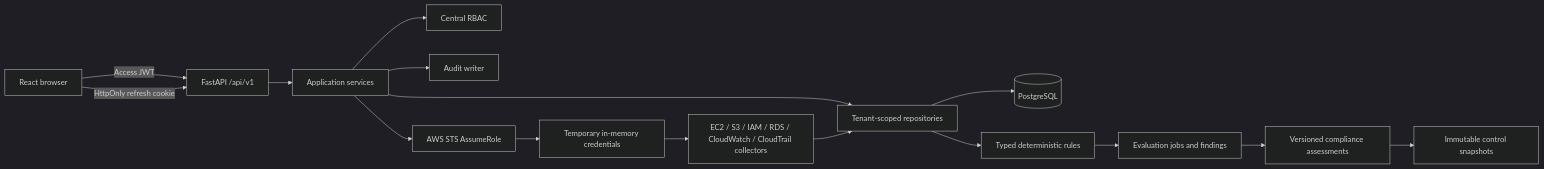
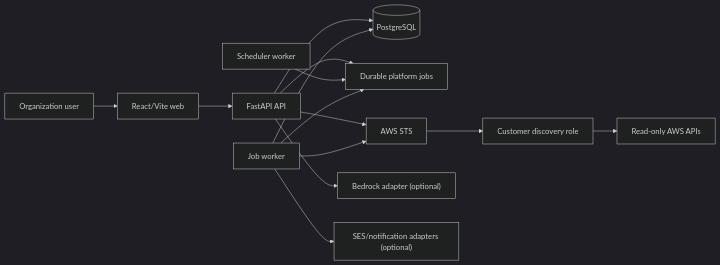
One commit to cloudops-project/CloudOps changed the first of 9 diagrams in architecture.md. Above: the diagram before and after it, drawn with Mermaid (dark theme). The commit also changed other lines of this file and 8 other files, not shown here.

Commit message:
docs(architecture): reconcile current platform design

````diff
--- a/architecture.md
+++ b/architecture.md
@@ -45,18 +12,16 @@
 ```mermaid
 flowchart LR
-  Browser["React browser"] -->|"Access JWT"| API["FastAPI /api/v1"]
-  Browser -->|"HttpOnly refresh cookie"| API
-  API --> Services["Application services"]
-  Services --> RBAC["Central RBAC"]
-  Services --> Repos["Tenant-scoped repositories"]
-  Repos --> DB[("PostgreSQL")]
-  Services --> Audit["Audit writer"]
-  Services --> STS["AWS STS AssumeRole"]
-  STS --> Temp["Temporary in-memory credentials"]
-  Temp --> Collectors["EC2 / S3 / IAM / RDS / CloudWatch / CloudTrail collectors"]
-  Collectors --> Repos
-  Repos --> Rules["Typed deterministic rules"]
-  Rules --> Findings["Evaluation jobs and findings"]
-  Findings --> Compliance["Versioned compliance assessments"]
-  Compliance --> Snapshots["Immutable control snapshots"]
+  User["Organization user"] --> Web["React/Vite web"]
+  Web --> API["FastAPI API"]
+  API --> DB[("PostgreSQL")]
+  API --> Jobs["Durable platform jobs"]
+  Scheduler["Scheduler worker"] --> Jobs
+  Worker["Job worker"] --> Jobs
+  Worker --> DB
+  API --> STS["AWS STS"]
+  Worker --> STS
+  STS --> Customer["Customer discovery role"]
+  Customer --> ReadOnly["Read-only AWS APIs"]
+  API --> Bedrock["Bedrock adapter (optional)"]
+  Worker --> SES["SES/notification adapters (optional)"]
 ```
````
